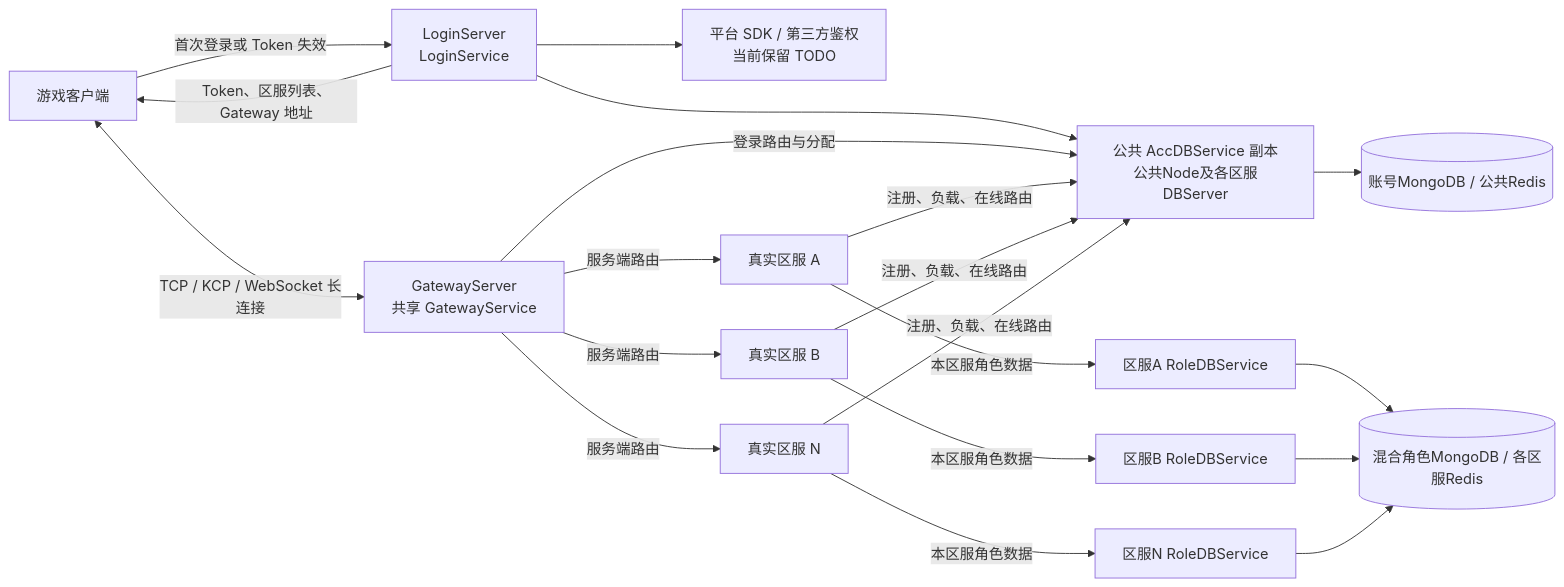
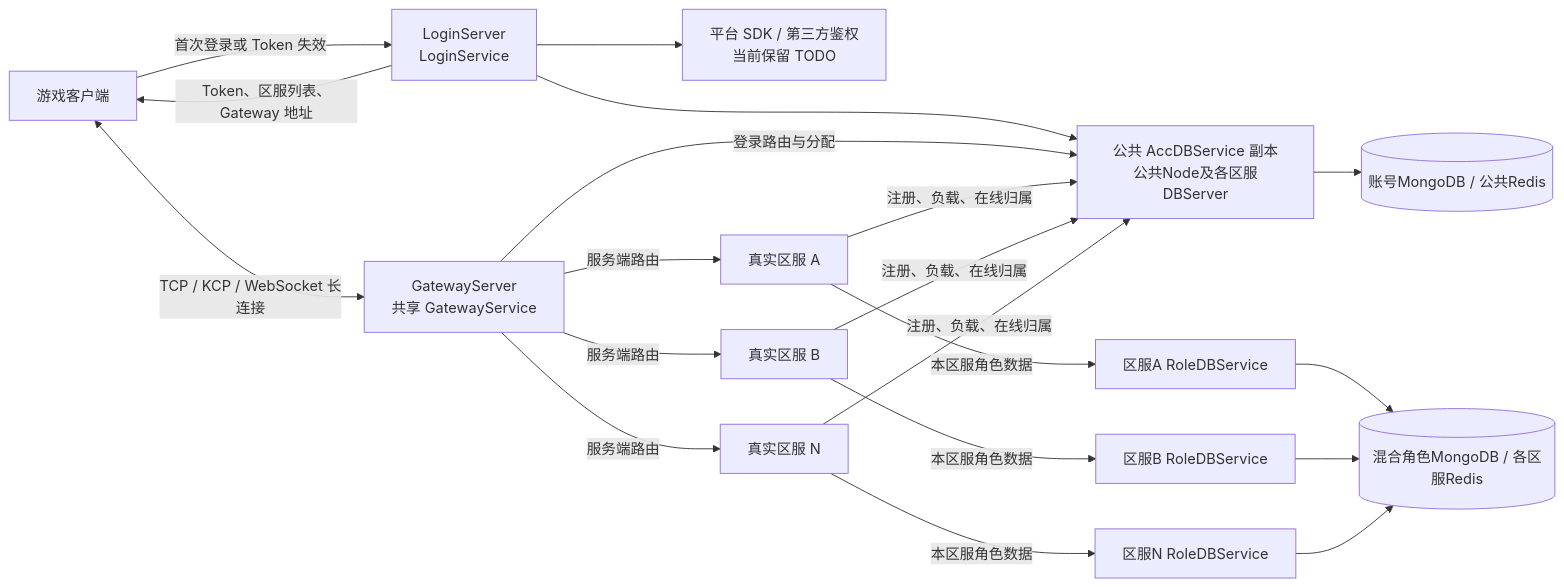
The diagram in docs/design/总体架构设计.md (duanhf2012/origingame), drawn with Mermaid before and after one commit. The commit also changed other lines of this file and 43 other files, not shown here.

````diff
--- a/docs/design/总体架构设计.md
+++ b/docs/design/总体架构设计.md
@@ -36,36 +36,36 @@
 ```mermaid
 flowchart LR
     Client["游戏客户端"]
     Login["LoginServer<br/>LoginService"]
     Platform["平台 SDK / 第三方鉴权<br/>当前保留 TODO"]
     AccDB["公共 AccDBService 副本<br/>公共Node及各区服DBServer"]
     AccStore[("账号MongoDB / 公共Redis")]
     RoleDBA["区服A RoleDBService"]
     RoleDBB["区服B RoleDBService"]
     RoleDBN["区服N RoleDBService"]
     RoleStore[("混合角色MongoDB / 各区服Redis")]
     Gateway["GatewayServer<br/>共享 GatewayService"]
     AreaA["真实区服 A"]
     AreaB["真实区服 B"]
     AreaN["真实区服 N"]
 
     Client -->|"首次登录或 Token 失效"| Login
     Login --> Platform
     Login --> AccDB
     AccDB --> AccStore
     Login -->|"Token、区服列表、Gateway 地址"| Client
     Client <-->|"TCP / KCP / WebSocket 长连接"| Gateway
     Gateway -->|"登录路由与分配"| AccDB
     Gateway -->|"服务端路由"| AreaA
     Gateway -->|"服务端路由"| AreaB
     Gateway -->|"服务端路由"| AreaN
-    AreaA -->|"注册、负载、在线路由"| AccDB
-    AreaB -->|"注册、负载、在线路由"| AccDB
-    AreaN -->|"注册、负载、在线路由"| AccDB
+    AreaA -->|"注册、负载、在线归属"| AccDB
+    AreaB -->|"注册、负载、在线归属"| AccDB
+    AreaN -->|"注册、负载、在线归属"| AccDB
     AreaA -->|"本区服角色数据"| RoleDBA
     AreaB -->|"本区服角色数据"| RoleDBB
     AreaN -->|"本区服角色数据"| RoleDBN
     RoleDBA --> RoleStore
     RoleDBB --> RoleStore
     RoleDBN --> RoleStore
 ```
````
